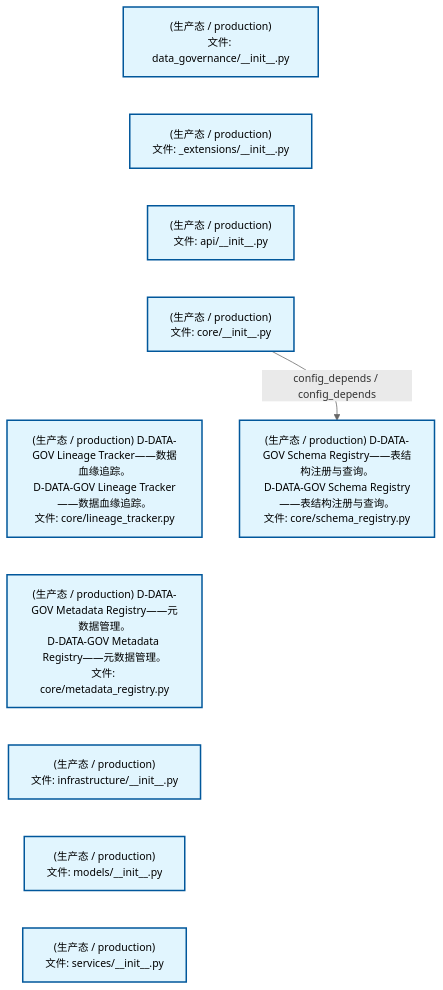
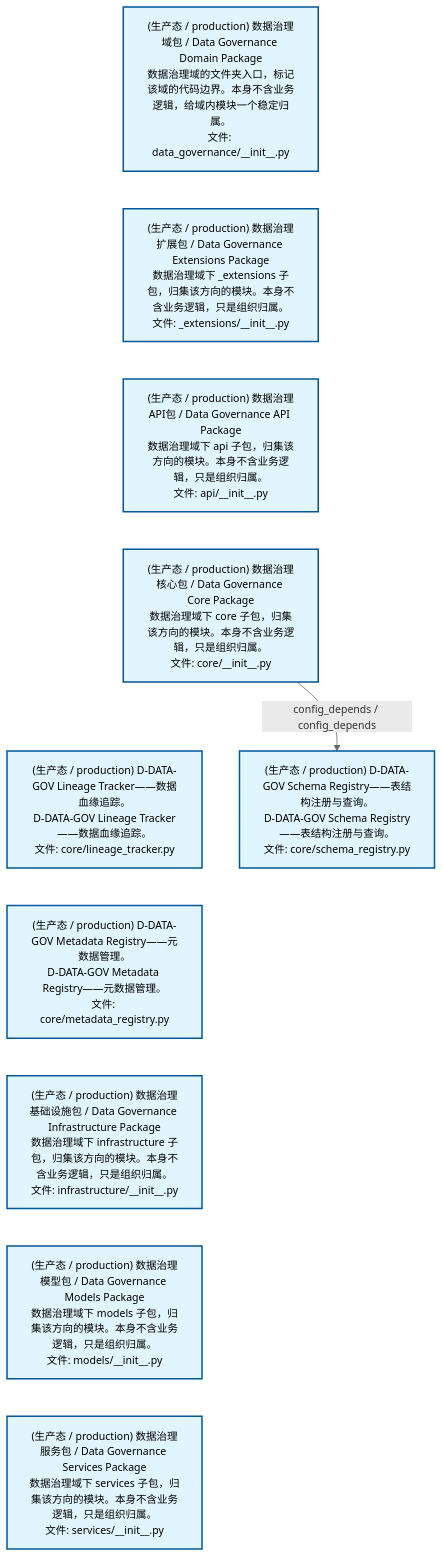
One commit to xuanFelixVan/ZephyrAlpha changed the diagram in docs/02_enterprise_architecture/02_domain_architecture_docs/13_d_data_gov.md. Above: the diagram before and after it, drawn with Mermaid. The commit also changed 54 other files, not shown here.

````diff
--- a/docs/02_enterprise_architecture/02_domain_architecture_docs/13_d_data_gov.md
+++ b/docs/02_enterprise_architecture/02_domain_architecture_docs/13_d_data_gov.md
@@ -53,28 +53,28 @@
 ```mermaid
 %%{init: {'theme': 'base', 'themeVariables': {'primaryColor': '#eaeaea', 'primaryTextColor': '#333333', 'primaryBorderColor': '#666666', 'lineColor': '#666666', 'secondaryColor': '#eaeaea', 'tertiaryColor': '#eaeaea', 'fontSize': '14px'}}}%%
 flowchart TD
-    src_zephyr_data_governance_init_py["(生产态 / production)<br/>文件: data_governance/__init__.py"]
-    src_zephyr_data_governance_extensions_init_py["(生产态 / production)<br/>文件: _extensions/__init__.py"]
-    src_zephyr_data_governance_api_init_py["(生产态 / production)<br/>文件: api/__init__.py"]
-    src_zephyr_data_governance_core_init_py["(生产态 / production)<br/>文件: core/__init__.py"]
+    src_zephyr_data_governance_init_py["(生产态 / production) 数据治理域包 / Data Governance Domain Package<br/>数据治理域的文件夹入口，标记该域的代码边界。本身不含业务逻辑，给域内模块一个稳定归属。<br/>文件: data_governance/__init__.py"]
+    src_zephyr_data_governance_extensions_init_py["(生产态 / production) 数据治理扩展包 / Data Governance Extensions Package<br/>数据治理域下 _extensions 子包，归集该方向的模块。本身不含业务逻辑，只是组织归属。<br/>文件: _extensions/__init__.py"]
+    src_zephyr_data_governance_api_init_py["(生产态 / production) 数据治理API包 / Data Governance API Package<br/>数据治理域下 api 子包，归集该方向的模块。本身不含业务逻辑，只是组织归属。<br/>文件: api/__init__.py"]
+    src_zephyr_data_governance_core_init_py["(生产态 / production) 数据治理核心包 / Data Governance Core Package<br/>数据治理域下 core 子包，归集该方向的模块。本身不含业务逻辑，只是组织归属。<br/>文件: core/__init__.py"]
     src_zephyr_data_governance_core_lineage_tracker_py["(生产态 / production) D-DATA-GOV Lineage Tracker——数据血缘追踪。<br/>D-DATA-GOV Lineage Tracker——数据血缘追踪。<br/>文件: core/lineage_tracker.py"]
     src_zephyr_data_governance_core_metadata_registry_py["(生产态 / production) D-DATA-GOV Metadata Registry——元数据管理。<br/>D-DATA-GOV Metadata Registry——元数据管理。<br/>文件: core/metadata_registry.py"]
-    src_zephyr_data_governance_infrastructure_init_py["(生产态 / production)<br/>文件: infrastructure/__init__.py"]
-    src_zephyr_data_governance_models_init_py["(生产态 / production)<br/>文件: models/__init__.py"]
-    src_zephyr_data_governance_services_init_py["(生产态 / production)<br/>文件: services/__init__.py"]
+    src_zephyr_data_governance_infrastructure_init_py["(生产态 / production) 数据治理基础设施包 / Data Governance Infrastructure Package<br/>数据治理域下 infrastructure 子包，归集该方向的模块。本身不含业务逻辑，只是组织归属。<br/>文件: infrastructure/__init__.py"]
+    src_zephyr_data_governance_models_init_py["(生产态 / production) 数据治理模型包 / Data Governance Models Package<br/>数据治理域下 models 子包，归集该方向的模块。本身不含业务逻辑，只是组织归属。<br/>文件: models/__init__.py"]
+    src_zephyr_data_governance_services_init_py["(生产态 / production) 数据治理服务包 / Data Governance Services Package<br/>数据治理域下 services 子包，归集该方向的模块。本身不含业务逻辑，只是组织归属。<br/>文件: services/__init__.py"]
     src_zephyr_data_governance_init_py ~~~ src_zephyr_data_governance_extensions_init_py
     src_zephyr_data_governance_extensions_init_py ~~~ src_zephyr_data_governance_api_init_py
     src_zephyr_data_governance_api_init_py ~~~ src_zephyr_data_governance_core_init_py
     src_zephyr_data_governance_core_init_py ~~~ src_zephyr_data_governance_core_lineage_tracker_py
     src_zephyr_data_governance_core_lineage_tracker_py ~~~ src_zephyr_data_governance_core_metadata_registry_py
     src_zephyr_data_governance_core_metadata_registry_py ~~~ src_zephyr_data_governance_infrastructure_init_py
     src_zephyr_data_governance_infrastructure_init_py ~~~ src_zephyr_data_governance_models_init_py
     src_zephyr_data_governance_models_init_py ~~~ src_zephyr_data_governance_services_init_py
     src_zephyr_data_governance_core_schema_registry_py["(生产态 / production) D-DATA-GOV Schema Registry——表结构注册与查询。<br/>D-DATA-GOV Schema Registry——表结构注册与查询。<br/>文件: core/schema_registry.py"]
     src_zephyr_data_governance_core_init_py -->|config_depends / config_depends| src_zephyr_data_governance_core_schema_registry_py
     classDef production fill:#e1f5fe,stroke:#01579b,stroke-width:2px,color:#000
     classDef design fill:#fff3e0,stroke:#e65100,stroke-width:2px,color:#000,stroke-dasharray: 5 5
     classDef external_prod fill:#e8f4fd,stroke:#0277bd,stroke-width:1px,color:#000
     classDef external_design fill:#fff8e7,stroke:#ef6c00,stroke-width:1px,color:#000,stroke-dasharray: 5 5
     class src_zephyr_data_governance_init_py,src_zephyr_data_governance_extensions_init_py,src_zephyr_data_governance_api_init_py,src_zephyr_data_governance_core_init_py,src_zephyr_data_governance_core_lineage_tracker_py,src_zephyr_data_governance_core_metadata_registry_py,src_zephyr_data_governance_core_schema_registry_py,src_zephyr_data_governance_infrastructure_init_py,src_zephyr_data_governance_models_init_py,src_zephyr_data_governance_services_init_py production
 ```
````
